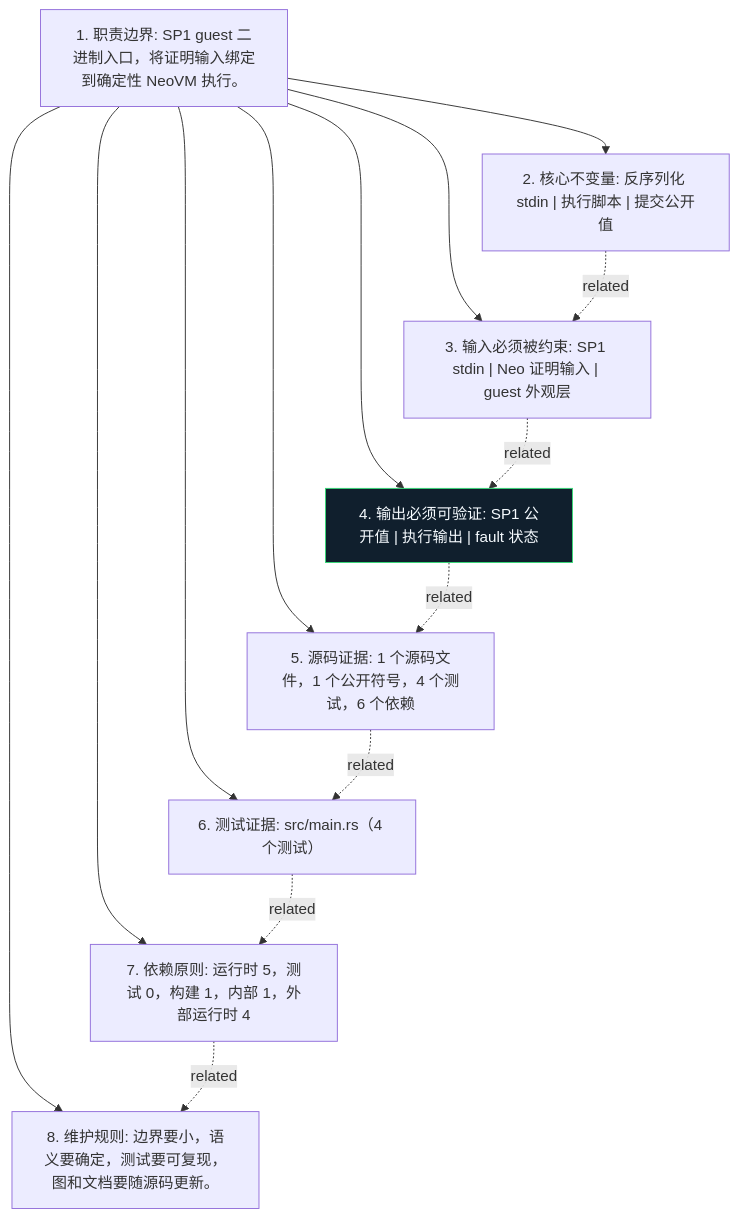
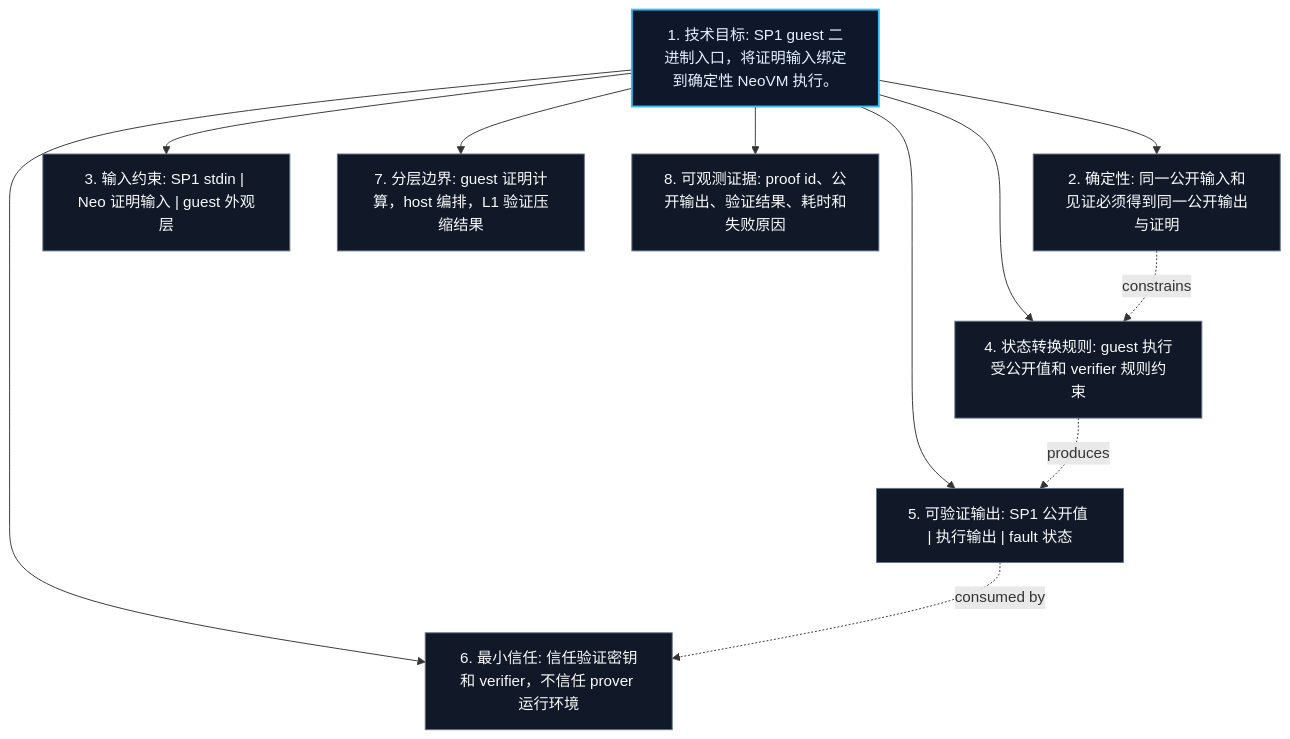
The diagram in crates/neo-zkvm-program/docs/figures/principles.zh.mmd (r3e-network/neo-zkvm), drawn with Mermaid before and after one commit. The commit also changed 447 other files, not shown here.

Commit message:
Replace crate diagrams with technical views

```diff
--- a/crates/neo-zkvm-program/docs/figures/principles.zh.mmd
+++ b/crates/neo-zkvm-program/docs/figures/principles.zh.mmd
@@ -1,24 +1,23 @@
 flowchart TB
-    N1["1. 职责边界: SP1 guest 二进制入口，将证明输入绑定到确定性 NeoVM 执行。"]
-    N2["2. 核心不变量: 反序列化 stdin | 执行脚本 | 提交公开值"]
-    N3["3. 输入必须被约束: SP1 stdin | Neo 证明输入 | guest 外观层"]
-    N4["4. 输出必须可验证: SP1 公开值 | 执行输出 | fault 状态"]
-    N5["5. 源码证据: 1 个源码文件，1 个公开符号，4 个测试，6 个依赖"]
-    N6["6. 测试证据: src/main.rs（4 个测试）"]
-    N7["7. 依赖原则: 运行时 5，测试 0，构建 1，内部 1，外部运行时 4"]
-    N8["8. 维护规则: 边界要小，语义要确定，测试要可复现，图和文档要随源码更新。"]
+    N1["1. 技术目标: SP1 guest 二进制入口，将证明输入绑定到确定性 NeoVM 执行。"]
+    N2["2. 确定性: 同一公开输入和见证必须得到同一公开输出与证明"]
+    N3["3. 输入约束: SP1 stdin | Neo 证明输入 | guest 外观层"]
+    N4["4. 状态转换规则: guest 执行受公开值和 verifier 规则约束"]
+    N5["5. 可验证输出: SP1 公开值 | 执行输出 | fault 状态"]
+    N6["6. 最小信任: 信任验证密钥和 verifier，不信任 prover 运行环境"]
+    N7["7. 分层边界: guest 证明计算，host 编排，L1 验证压缩结果"]
+    N8["8. 可观测证据: proof id、公开输出、验证结果、耗时和失败原因"]
     N1 --> N2
     N1 --> N3
     N1 --> N4
     N1 --> N5
     N1 --> N6
     N1 --> N7
     N1 --> N8
-    N2 -. related .-> N3
-    N3 -. related .-> N4
-    N4 -. related .-> N5
-    N5 -. related .-> N6
-    N6 -. related .-> N7
-    N7 -. related .-> N8
-    classDef crate fill:#101f2d,stroke:#38d978,color:#f6fbff
-    class N4 crate
+    N2 -. constrains .-> N4
+    N4 -. produces .-> N5
+    N5 -. consumed by .-> N6
+    classDef core fill:#0f172a,stroke:#38bdf8,color:#e5f2ff,stroke-width:2px;
+    classDef support fill:#111827,stroke:#64748b,color:#f8fafc;
+    class N1 core;
+    class N2,N3,N4,N5,N6,N7,N8 support;
```
